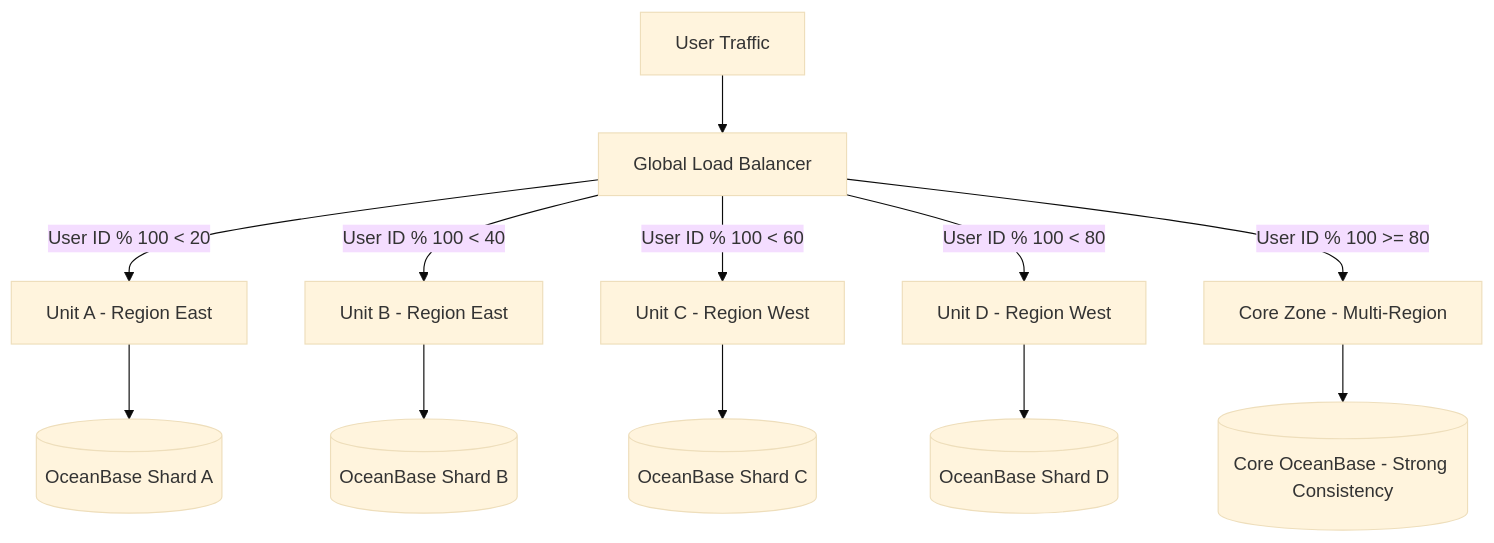
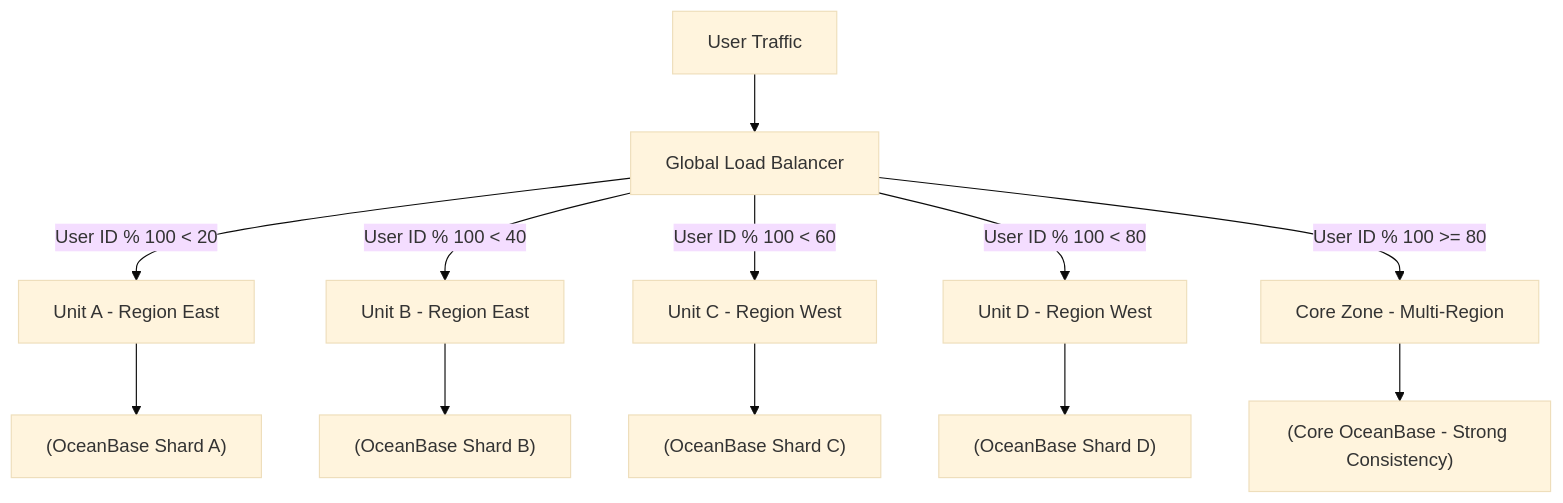
The diagram in content/posts/alipay-double-11-architecture-tps.md (vesviet/vesviet), drawn with Mermaid (base theme) before and after one commit. The commit also changed other lines of this file and 331 other files, not shown here.

````diff
--- a/content/posts/alipay-double-11-architecture-tps.md
+++ b/content/posts/alipay-double-11-architecture-tps.md
@@ -65,15 +65,15 @@
 ```mermaid
 graph TD
-    A[User Traffic] --> B[Global Load Balancer]
-    B -->|"User ID % 100 < 20"| C[Unit A - Region East]
-    B -->|"User ID % 100 < 40"| D[Unit B - Region East]
-    B -->|"User ID % 100 < 60"| E[Unit C - Region West]
-    B -->|"User ID % 100 < 80"| F[Unit D - Region West]
-    B -->|"User ID % 100 >= 80"| G[Core Zone - Multi-Region]
+    A["User Traffic"] --> B["Global Load Balancer"]
+    B -->|"User ID % 100 < 20"| C["Unit A - Region East"]
+    B -->|"User ID % 100 < 40"| D["Unit B - Region East"]
+    B -->|"User ID % 100 < 60"| E["Unit C - Region West"]
+    B -->|"User ID % 100 < 80"| F["Unit D - Region West"]
+    B -->|"User ID % 100 >= 80"| G["Core Zone - Multi-Region"]
     
-    C --> C1[(OceanBase Shard A)]
-    D --> D1[(OceanBase Shard B)]
-    E --> E1[(OceanBase Shard C)]
-    F --> F1[(OceanBase Shard D)]
-    G --> G1[(Core OceanBase - Strong Consistency)]
+    C --> C1["(OceanBase Shard A)"]
+    D --> D1["(OceanBase Shard B)"]
+    E --> E1["(OceanBase Shard C)"]
+    F --> F1["(OceanBase Shard D)"]
+    G --> G1["(Core OceanBase - Strong Consistency)"]
 ```
````
